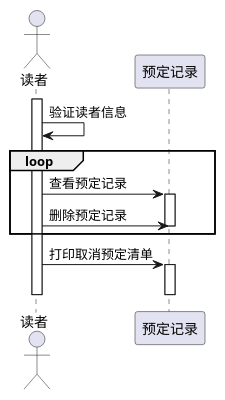
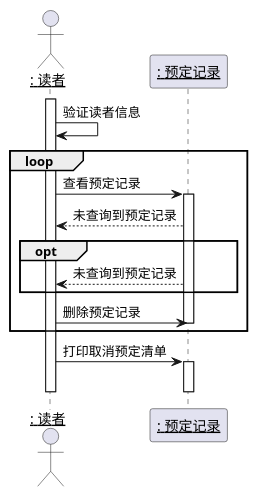
One commit to 915936476/is_analysis-3 changed the diagram in test4/取消预定.puml. Above: the diagram before and after it, drawn with PlantUML. The commit also changed 14 other files, not shown here.

```diff
--- a/test4/取消预定.puml
+++ b/test4/取消预定.puml
@@ -1,15 +1,21 @@
 @startuml
-actor 读者
+actor ": 读者" as 读者
+participant ": 预定记录" as 预定记录
+skinparam sequenceParticipant underline
 activate 读者
 读者->读者:验证读者信息
 loop
 读者->预定记录:查看预定记录
 activate 预定记录
+预定记录-->读者:未查询到预定记录
+opt
+预定记录-->读者:未查询到预定记录
+end
 读者->预定记录:删除预定记录
 deactivate 预定记录
 end
 读者->预定记录:打印取消预定清单
 activate 预定记录
 deactivate 预定记录
 deactivate 读者
 @enduml
```
